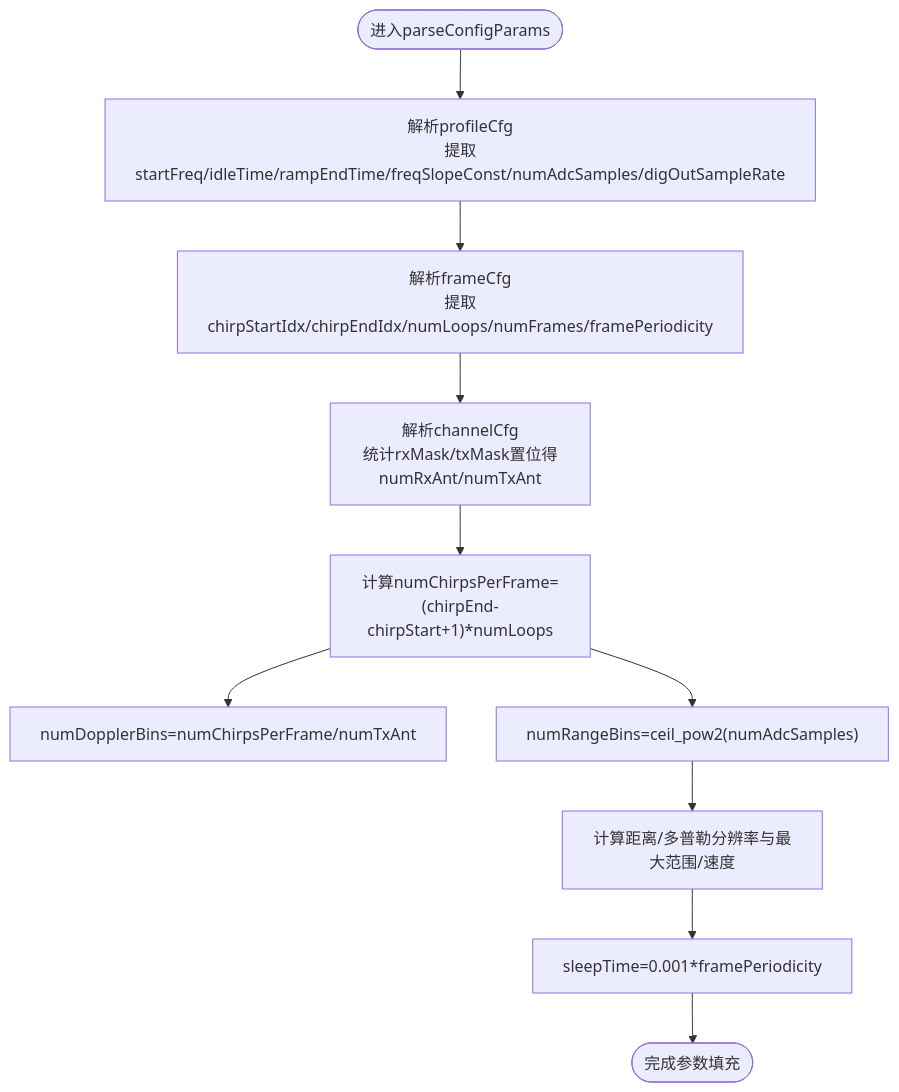
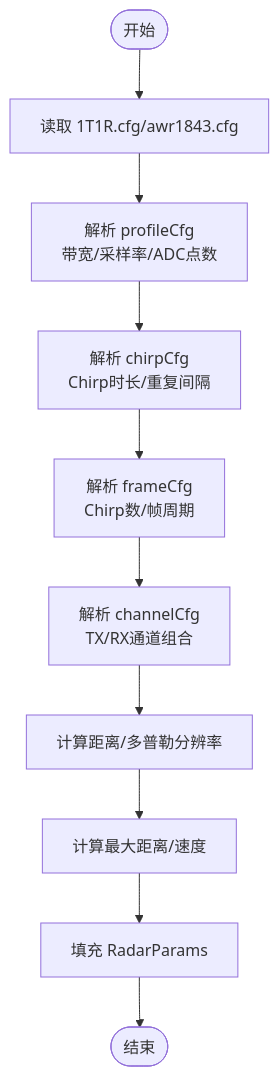
One commit to Lukad77/awr1843-radar-toolkit changed the third of 4 diagrams in .qoder/repowiki/zh/content/雷达与采集参数配置文件.md. Above: the diagram before and after it, drawn with Mermaid. The commit also changed other lines of this file and 106 other files, not shown here.

````diff
--- a/.qoder/repowiki/zh/content/雷达与采集参数配置文件.md
+++ b/.qoder/repowiki/zh/content/雷达与采集参数配置文件.md
@@ -208,12 +147,12 @@
 ```mermaid
 flowchart TD
-Start(["进入parseConfigParams"]) --> ReadProfile["解析profileCfg<br/>提取startFreq/idleTime/rampEndTime/freqSlopeConst/numAdcSamples/digOutSampleRate"]
-ReadProfile --> ReadFrame["解析frameCfg<br/>提取chirpStartIdx/chirpEndIdx/numLoops/numFrames/framePeriodicity"]
-ReadFrame --> ReadChannel["解析channelCfg<br/>统计rxMask/txMask置位得numRxAnt/numTxAnt"]
-ReadChannel --> CalcChirps["计算numChirpsPerFrame=(chirpEnd-chirpStart+1)*numLoops"]
-CalcChirps --> CalcDopplerBins["numDopplerBins=numChirpsPerFrame/numTxAnt"]
-CalcChirps --> RoundToPower2["numRangeBins=ceil_pow2(numAdcSamples)"]
-RoundToPower2 --> ComputeRes["计算距离/多普勒分辨率与最大范围/速度"]
-ComputeRes --> SetSleep["sleepTime=0.001*framePeriodicity"]
-SetSleep --> End(["完成参数填充"])
+Start(["开始"]) --> ReadCfg["读取 1T1R.cfg/awr1843.cfg"]
+ReadCfg --> ParseProfile["解析 profileCfg<br/>带宽/采样率/ADC点数"]
+ParseProfile --> ParseChirp["解析 chirpCfg<br/>Chirp时长/重复间隔"]
+ParseChirp --> ParseFrame["解析 frameCfg<br/>Chirp数/帧周期"]
+ParseFrame --> ParseChannel["解析 channelCfg<br/>TX/RX通道组合"]
+ParseChannel --> ComputeRes["计算距离/多普勒分辨率"]
+ComputeRes --> ComputeRange["计算最大距离/速度"]
+ComputeRange --> FillParams["填充 RadarParams"]
+FillParams --> End(["结束"])
 ```
````
